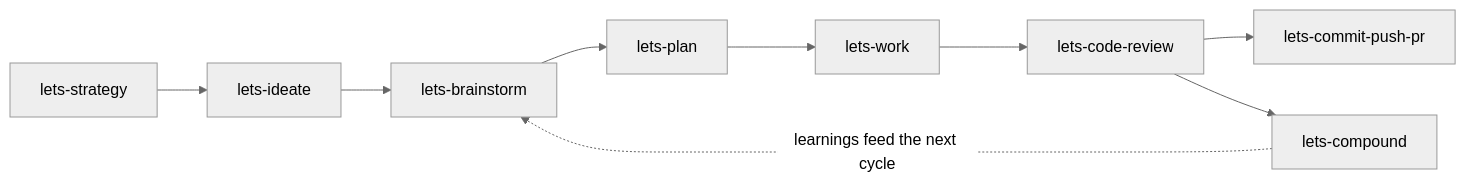
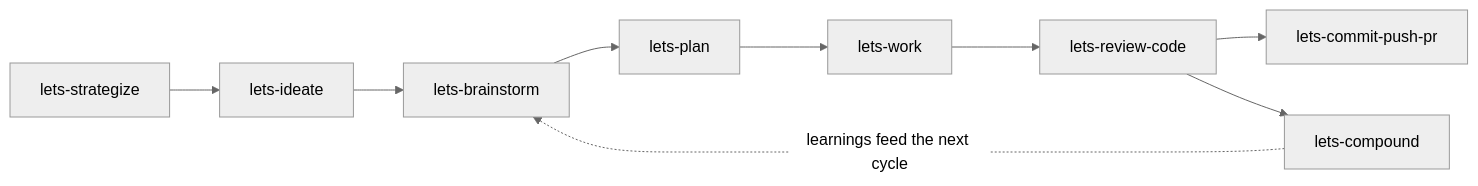
One commit to williamzelesny/lets-engineer changed the diagram in README.md. Above: the diagram before and after it, drawn with Mermaid (neutral theme). The commit also changed other lines of this file, not shown here.

````diff
--- a/README.md
+++ b/README.md
@@ -14,11 +14,11 @@
 ```mermaid
 flowchart LR
-    strategy["lets-strategy"] --> ideate["lets-ideate"]
+    strategize["lets-strategize"] --> ideate["lets-ideate"]
     ideate --> brainstorm["lets-brainstorm"]
     brainstorm --> plan["lets-plan"]
     plan --> work["lets-work"]
-    work --> review["lets-code-review"]
+    work --> review["lets-review-code"]
     review --> ship["lets-commit-push-pr"]
     review --> compound["lets-compound"]
     compound -. "learnings feed the next cycle" .-> brainstorm
 ```
````
